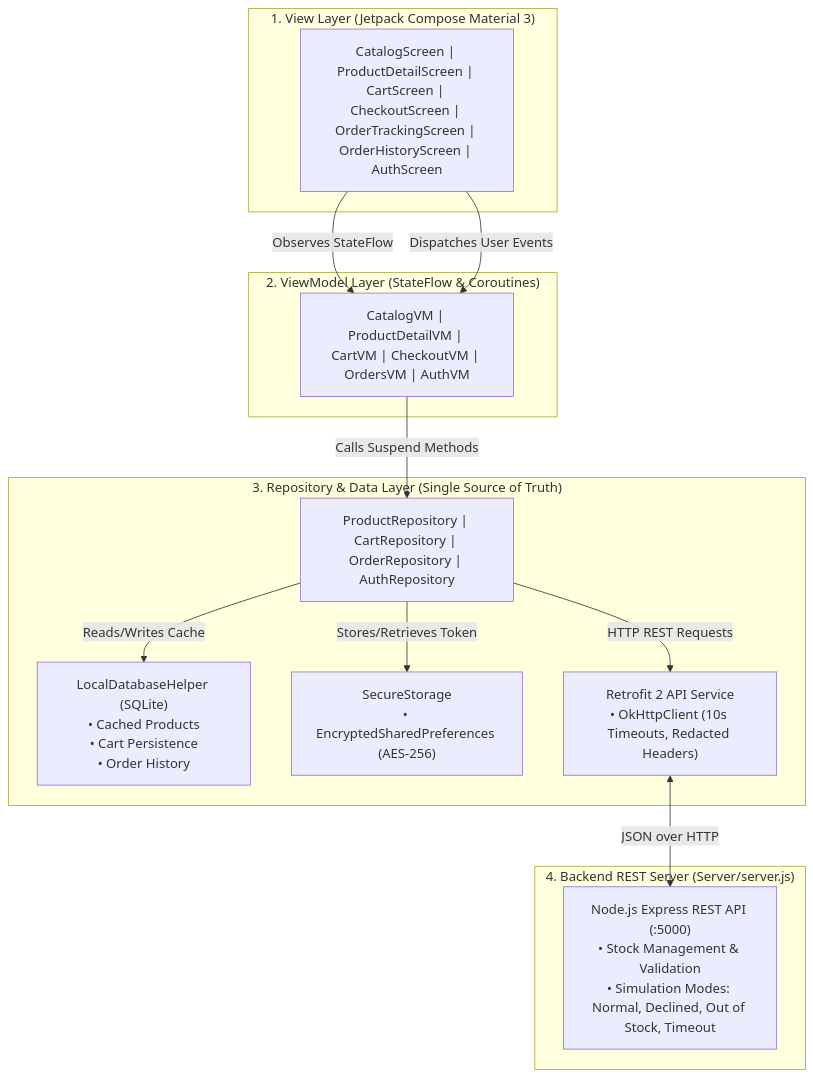
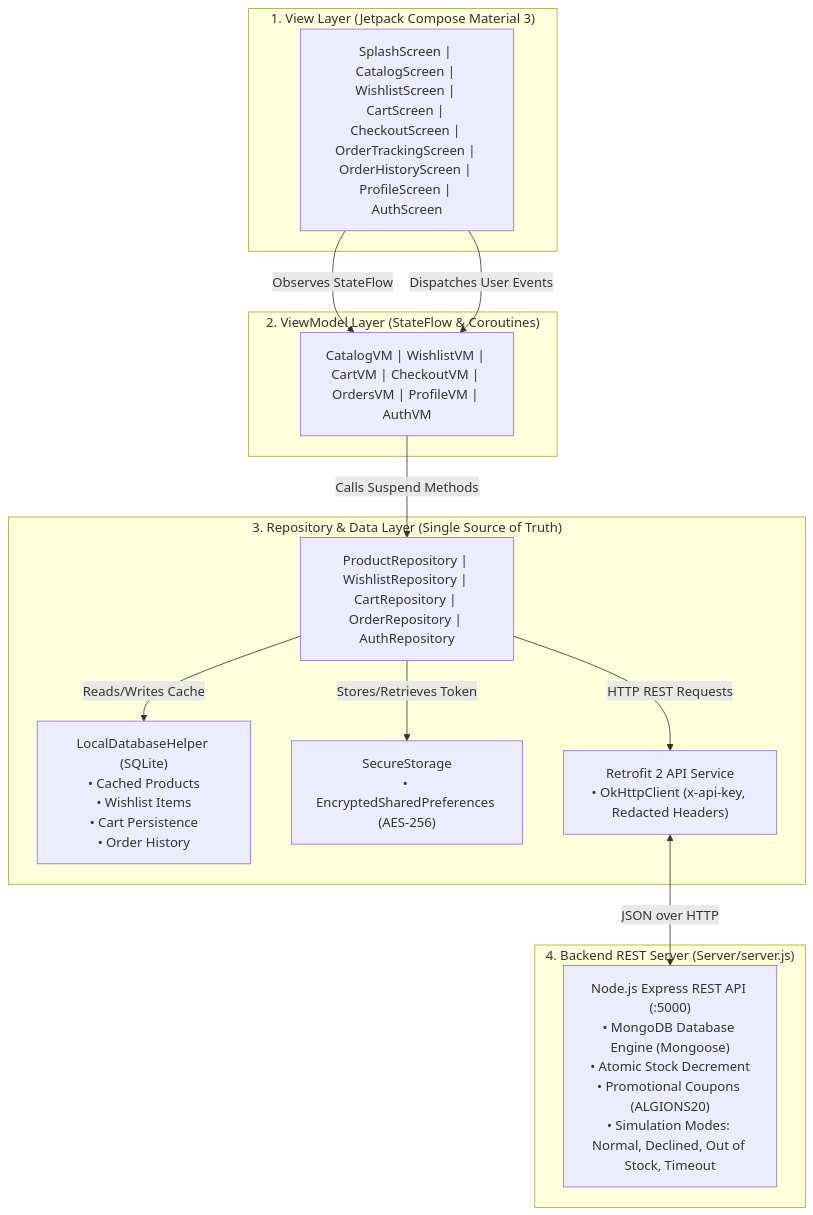
Before and after one commit to Anshuman892494/E-Commerce-Shopping-Android: the diagram in README.md, drawn with Mermaid. The commit also changed other lines of this file and 28 other files, not shown here.

Commit message:
feat: mongodb backend with mongoose, animated splash, 5-tab bottom navigation, user profile, wishlist, dark mode & promo coupon

````diff
--- a/README.md
+++ b/README.md
@@ -44,29 +49,29 @@
 ```mermaid
 graph TD
     subgraph UI_Layer["1. View Layer (Jetpack Compose Material 3)"]
-        Screens["CatalogScreen | ProductDetailScreen | CartScreen | CheckoutScreen | OrderTrackingScreen | OrderHistoryScreen | AuthScreen"]
+        Screens["SplashScreen | CatalogScreen | WishlistScreen | CartScreen | CheckoutScreen | OrderTrackingScreen | OrderHistoryScreen | ProfileScreen | AuthScreen"]
     end
 
     subgraph VM_Layer["2. ViewModel Layer (StateFlow & Coroutines)"]
-        VMs["CatalogVM | ProductDetailVM | CartVM | CheckoutVM | OrdersVM | AuthVM"]
+        VMs["CatalogVM | WishlistVM | CartVM | CheckoutVM | OrdersVM | ProfileVM | AuthVM"]
     end
 
     subgraph Data_Layer["3. Repository & Data Layer (Single Source of Truth)"]
-        Repos["ProductRepository | CartRepository | OrderRepository | AuthRepository"]
-        Local["LocalDatabaseHelper (SQLite)<br/>• Cached Products<br/>• Cart Persistence<br/>• Order History"]
+        Repos["ProductRepository | WishlistRepository | CartRepository | OrderRepository | AuthRepository"]
+        Local["LocalDatabaseHelper (SQLite)<br/>• Cached Products<br/>• Wishlist Items<br/>• Cart Persistence<br/>• Order History"]
         SecStore["SecureStorage<br/>• EncryptedSharedPreferences (AES-256)"]
-        Net["Retrofit 2 API Service<br/>• OkHttpClient (10s Timeouts, Redacted Headers)"]
+        Net["Retrofit 2 API Service<br/>• OkHttpClient (x-api-key, Redacted Headers)"]
     end
 
     subgraph Backend["4. Backend REST Server (Server/server.js)"]
-        API["Node.js Express REST API (:5000)<br/>• Stock Management & Validation<br/>• Simulation Modes: Normal, Declined, Out of Stock, Timeout"]
+        API["Node.js Express REST API (:5000)<br/>• MongoDB Database Engine (Mongoose)<br/>• Atomic Stock Decrement<br/>• Promotional Coupons (ALGIONS20)<br/>• Simulation Modes: Normal, Declined, Out of Stock, Timeout"]
     end
 
     Screens -->|Observes StateFlow<UiState>| VMs
     Screens -->|Dispatches User Events| VMs
     VMs -->|Calls Suspend Methods| Repos
     Repos -->|Reads/Writes Cache| Local
     Repos -->|Stores/Retrieves Token| SecStore
     Repos -->|HTTP REST Requests| Net
     Net <-->|JSON over HTTP| API
 ```
````
